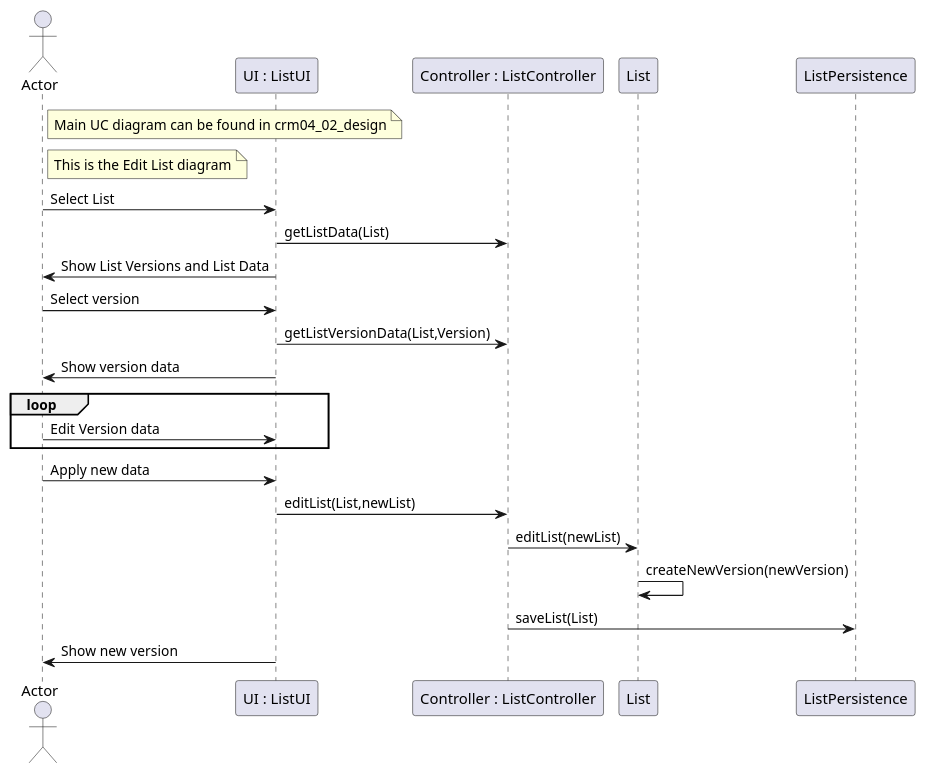
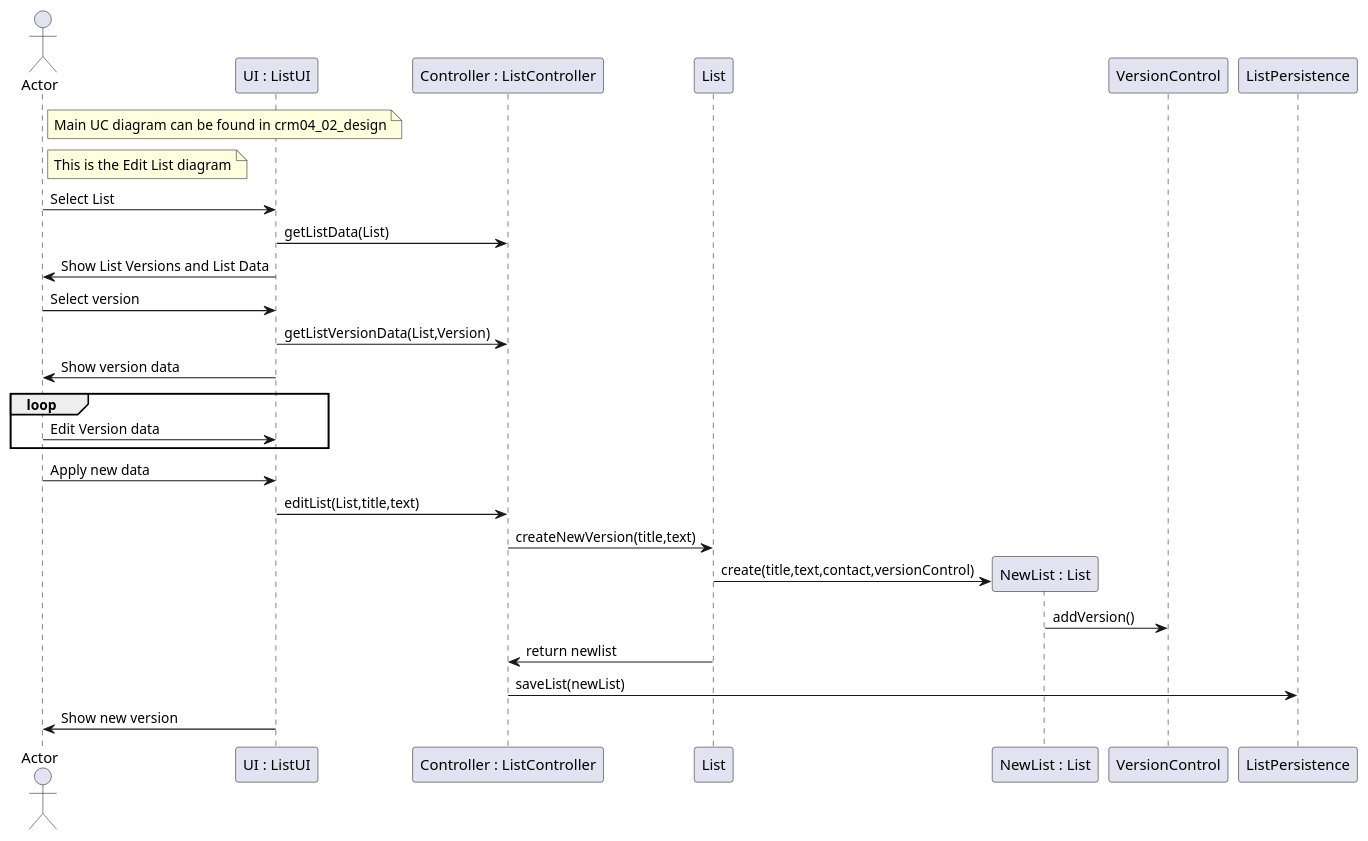
One commit to RubenTeixeira/cleansheets_isep_2dg_2016 changed the diagram in src/main/java/csheets/worklog/n1141071/sprint3/crm04_02_design_edit.puml. Above: the diagram before and after it, drawn with PlantUML. The commit also changed 3 other files, not shown here.

Commit message:
LPFOURDG-221 #comment Update diagrams.

```diff
--- a/src/main/java/csheets/worklog/n1141071/sprint3/crm04_02_design_edit.puml
+++ b/src/main/java/csheets/worklog/n1141071/sprint3/crm04_02_design_edit.puml
@@ -1,30 +1,35 @@
 @startuml doc-files/crm04_02_design_edit.png
 actor Actor
 
   participant "UI : ListUI" as UI 
   participant "Controller : ListController" as controller
   participant "List" as list
+  participant "NewList : List" as newlist
+  participant "VersionControl" as version
   participant "ListPersistence" as persistence
 
   note right of Actor
     Main UC diagram can be found in crm04_02_design
   end note 
   note right of Actor
     This is the Edit List diagram
   end note
   Actor -> UI : Select List
   UI -> controller : getListData(List)
   UI -> Actor : Show List Versions and List Data
   Actor -> UI : Select version
   UI -> controller : getListVersionData(List,Version)
   UI -> Actor : Show version data
   loop
     Actor -> UI : Edit Version data
   end loop
   Actor -> UI : Apply new data
-  UI -> controller : editList(List,newList)
-  controller -> list : editList(newList)
-  list -> list : createNewVersion(newVersion)
-  controller -> persistence : saveList(List)
+  UI -> controller : editList(List,title,text)
+  controller -> list : createNewVersion(title,text)
+  create newlist
+  list -> newlist : create(title,text,contact,versionControl)
+  newlist -> version : addVersion()
+  list -> controller : return newlist
+  controller -> persistence : saveList(newList)
   UI -> Actor : Show new version
 @enduml
```
